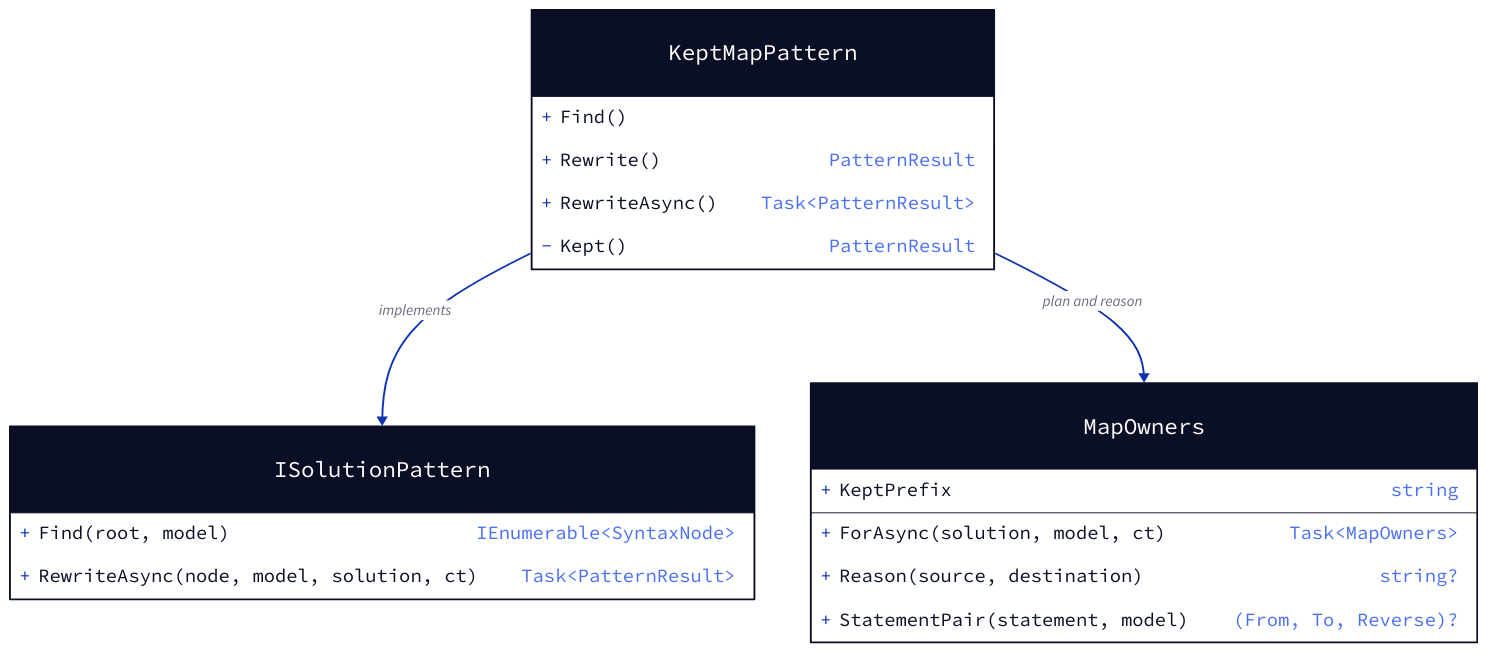
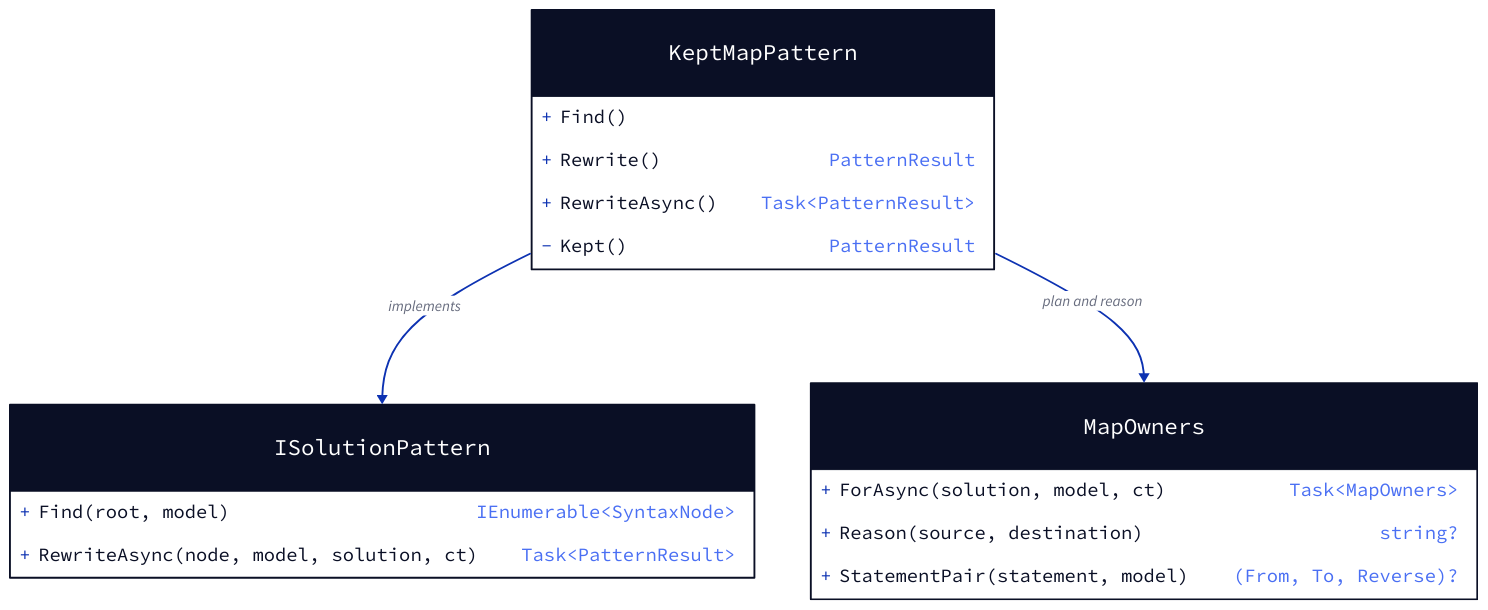
Before and after one commit to ATkingma/unshackle: the diagram in docs/projectinfo/patterns/img/automapper-kept-map-modellen-1.d2, drawn with D2. The commit also changed 6 other files, not shown here.

```diff
--- a/docs/projectinfo/patterns/img/automapper-kept-map-modellen-1.d2
+++ b/docs/projectinfo/patterns/img/automapper-kept-map-modellen-1.d2
@@ -1,5 +1,5 @@
 ISolutionPattern: {shape: class; "+Find(root, model)": "IEnumerable<SyntaxNode>"; "+RewriteAsync(node, model, solution, ct)": "Task<PatternResult>"}
 KeptMapPattern: {shape: class; "+Find()": ""; "+Rewrite()": "PatternResult"; "+RewriteAsync()": "Task<PatternResult>"; "-Kept()": "PatternResult"}
-MapOwners: {shape: class; "+KeptPrefix": "string"; "+ForAsync(solution, model, ct)": "Task<MapOwners>"; "+Reason(source, destination)": "string?"; "+StatementPair(statement, model)": "(From, To, Reverse)?"}
+MapOwners: {shape: class; "+ForAsync(solution, model, ct)": "Task<MapOwners>"; "+Reason(source, destination)": "string?"; "+StatementPair(statement, model)": "(From, To, Reverse)?"}
 KeptMapPattern -> ISolutionPattern: implements
 KeptMapPattern -> MapOwners: plan and reason
```
